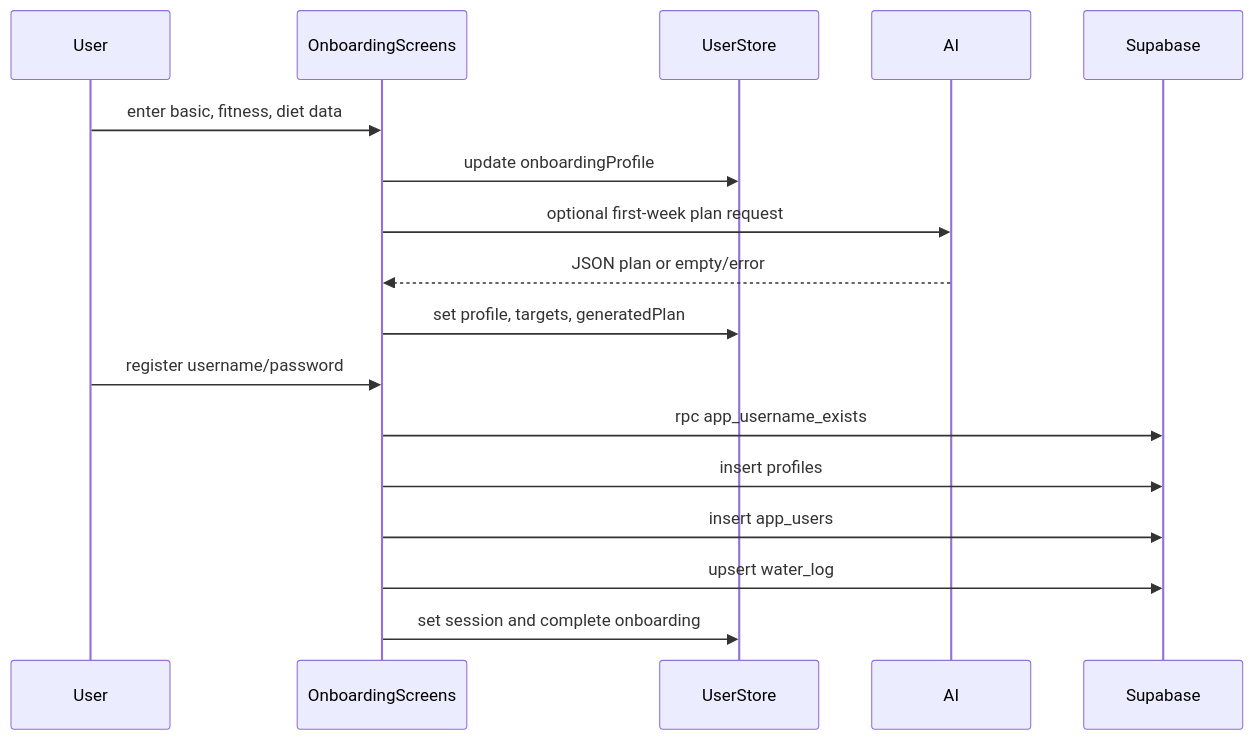
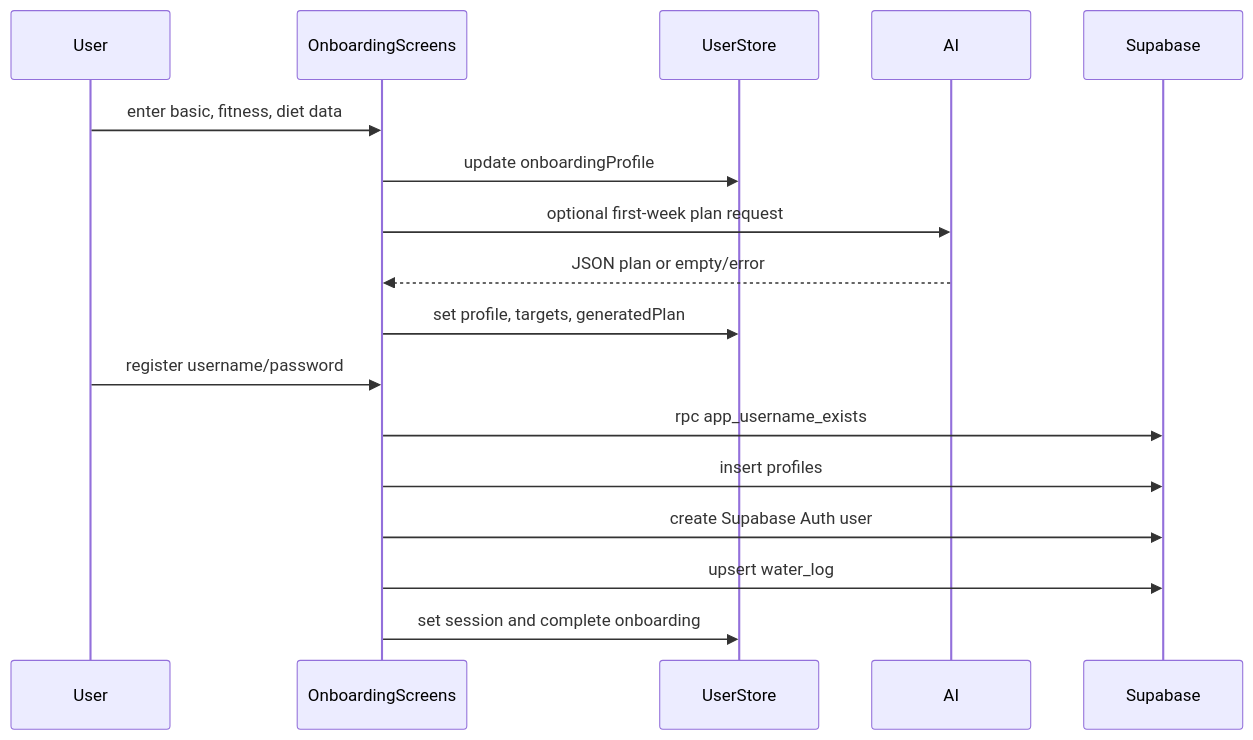
The second of 6 diagrams in docs/architecture.md (Ramagiri-Ranesh/LifeOsMobileApp), drawn with Mermaid before and after one commit. The commit also changed other lines of this file and 35 other files, not shown here.

````diff
--- a/docs/architecture.md
+++ b/docs/architecture.md
@@ -309,20 +309,20 @@
 ```mermaid
 sequenceDiagram
   participant User
   participant OnboardingScreens
   participant UserStore
   participant AI
   participant Supabase
 
   User->>OnboardingScreens: enter basic, fitness, diet data
   OnboardingScreens->>UserStore: update onboardingProfile
   OnboardingScreens->>AI: optional first-week plan request
   AI-->>OnboardingScreens: JSON plan or empty/error
   OnboardingScreens->>UserStore: set profile, targets, generatedPlan
   User->>OnboardingScreens: register username/password
   OnboardingScreens->>Supabase: rpc app_username_exists
   OnboardingScreens->>Supabase: insert profiles
-  OnboardingScreens->>Supabase: insert app_users
+  OnboardingScreens->>Supabase: create Supabase Auth user
   OnboardingScreens->>Supabase: upsert water_log
   OnboardingScreens->>UserStore: set session and complete onboarding
 ```
````
